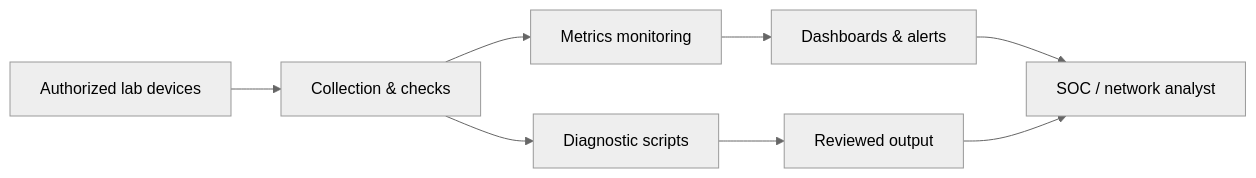
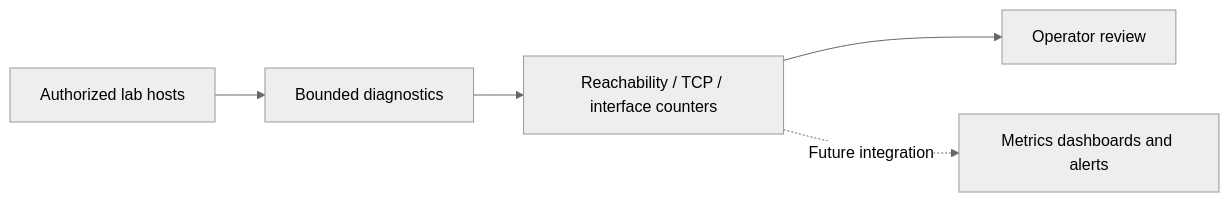
Before and after one commit to Ainny1/Network-monitoring-toolkit: the diagram in README.md, drawn with Mermaid (neutral theme). The commit also changed other lines of this file, not shown here.

Commit message:
Align README with implemented diagnostics and validation status

````diff
--- a/README.md
+++ b/README.md
@@ -15,10 +18,7 @@
 ```mermaid
 flowchart LR
-  A["Authorized lab devices"] --> B["Collection & checks"]
-  B --> C["Metrics monitoring"]
-  B --> D["Diagnostic scripts"]
-  C --> E["Dashboards & alerts"]
-  D --> F["Reviewed output"]
-  E --> G["SOC / network analyst"]
-  F --> G
+    A["Authorized lab hosts"] --> B["Bounded diagnostics"]
+    B --> C["Reachability / TCP / interface counters"]
+    C --> D["Operator review"]
+    C -. "Future integration" .-> E["Metrics dashboards and alerts"]
 ```
````
